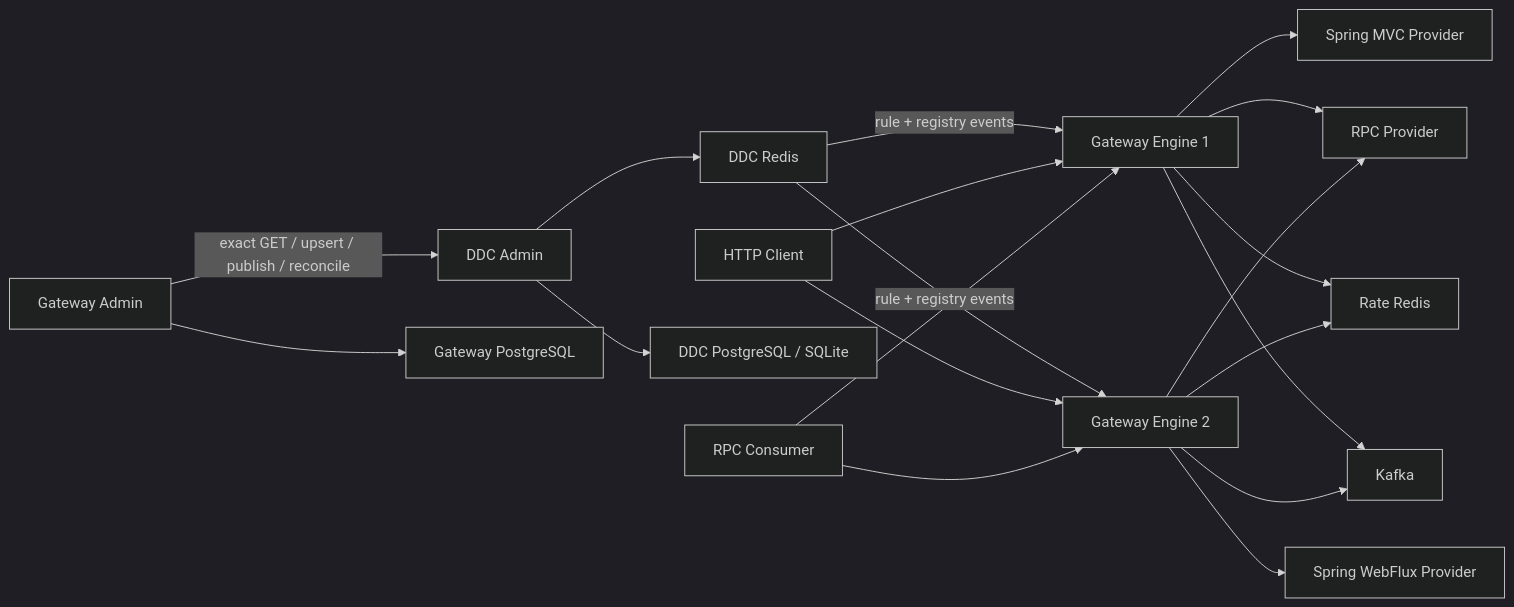
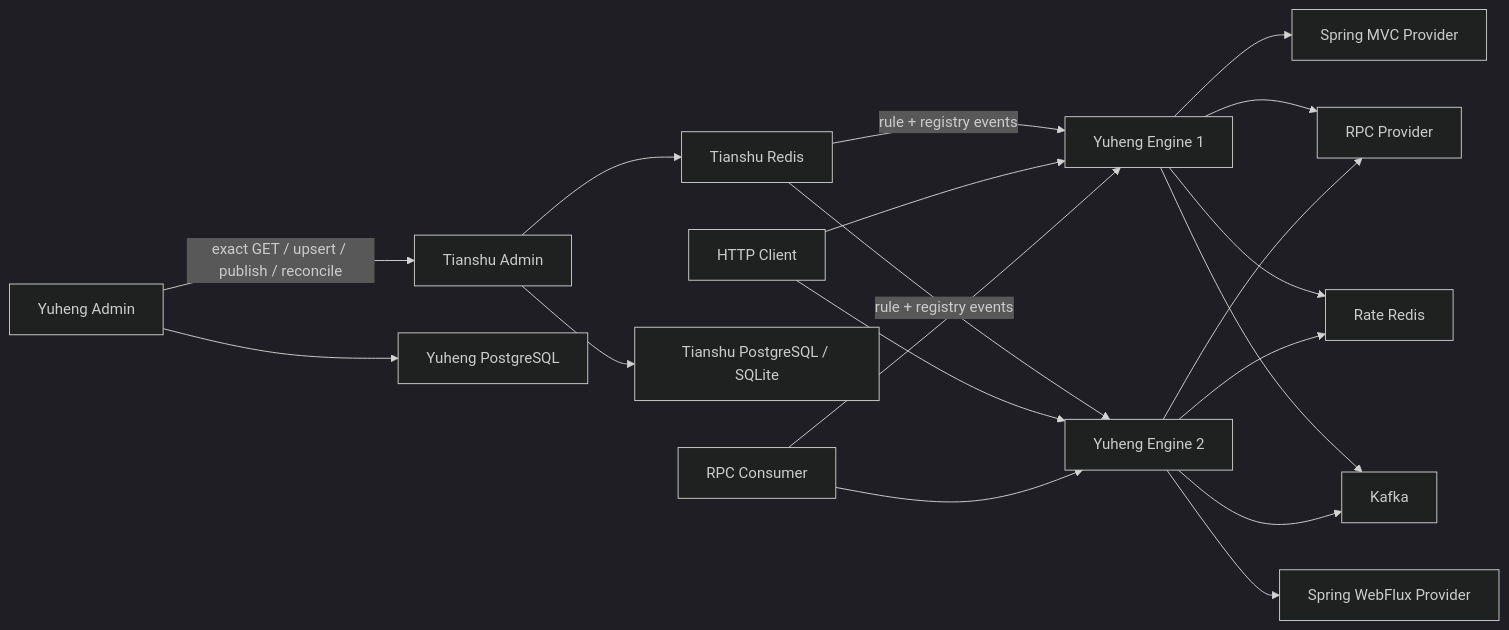
Before and after one commit to AllenDEricDAlexander/Egon-COLA: the diagram in docs/superpowers/specs/2026-07-26-gateway-ddc-rpc-integration-remediation-design.md, drawn with Mermaid (dark theme). The commit also changed other lines of this file and 233 other files, not shown here.

````diff
--- a/docs/superpowers/specs/2026-07-26-gateway-ddc-rpc-integration-remediation-design.md
+++ b/docs/superpowers/specs/2026-07-26-gateway-ddc-rpc-integration-remediation-design.md
@@ -173,36 +173,36 @@
 ```mermaid
 flowchart LR
     Client["HTTP Client"]
     RpcConsumer["RPC Consumer"]
-    GatewayAdmin["Gateway Admin"]
-    DdcAdmin["DDC Admin"]
-    DdcDb["DDC PostgreSQL / SQLite"]
-    GatewayDb["Gateway PostgreSQL"]
-    DdcRedis["DDC Redis"]
+    GatewayAdmin["Yuheng Admin"]
+    DdcAdmin["Tianshu Admin"]
+    DdcDb["Tianshu PostgreSQL / SQLite"]
+    GatewayDb["Yuheng PostgreSQL"]
+    DdcRedis["Tianshu Redis"]
     RateRedis["Rate Redis"]
-    Engine1["Gateway Engine 1"]
-    Engine2["Gateway Engine 2"]
+    Engine1["Yuheng Engine 1"]
+    Engine2["Yuheng Engine 2"]
     MvcProvider["Spring MVC Provider"]
     WebFluxProvider["Spring WebFlux Provider"]
     RpcProvider["RPC Provider"]
     Kafka["Kafka"]
 
     GatewayAdmin -->|"exact GET / upsert / publish / reconcile"| DdcAdmin
     GatewayAdmin --> GatewayDb
     DdcAdmin --> DdcDb
     DdcAdmin --> DdcRedis
     DdcRedis -->|"rule + registry events"| Engine1
     DdcRedis -->|"rule + registry events"| Engine2
     Client --> Engine1
     Client --> Engine2
     RpcConsumer --> Engine1
     RpcConsumer --> Engine2
     Engine1 --> MvcProvider
     Engine2 --> WebFluxProvider
     Engine1 --> RpcProvider
     Engine2 --> RpcProvider
     Engine1 --> RateRedis
     Engine2 --> RateRedis
     Engine1 --> Kafka
     Engine2 --> Kafka
 ```
````
